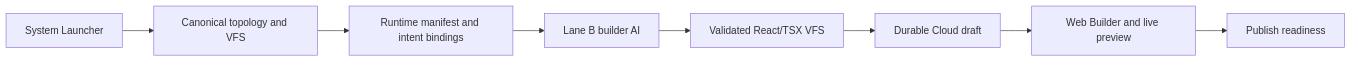
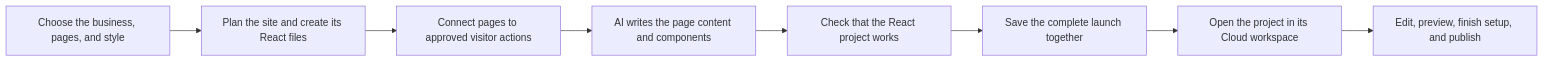
One commit to Invictusprime7/unison-tasks-24334-81331 changed the first of 2 diagrams in README.md. Above: the diagram before and after it, drawn with Mermaid. The commit also changed other lines of this file, not shown here.

Commit message:
docs: refresh project README

````diff
--- a/README.md
+++ b/README.md
@@ -37,10 +22,10 @@
 ```mermaid
 flowchart LR
-    A[System Launcher] --> B[Canonical topology and VFS]
-    B --> C[Runtime manifest and intent bindings]
-    C --> D[Lane B builder AI]
-    D --> E[Validated React/TSX VFS]
-    E --> F[Durable Cloud draft]
-    F --> G[Web Builder and live preview]
-    G --> H[Publish readiness]
+    A[Choose the business, pages, and style] --> B[Plan the site and create its React files]
+    B --> C[Connect pages to approved visitor actions]
+    C --> D[AI writes the page content and components]
+    D --> E[Check that the React project works]
+    E --> F[Save the complete launch together]
+    F --> G[Open the project in its Cloud workspace]
+    G --> H[Edit, preview, finish setup, and publish]
 ```
````
